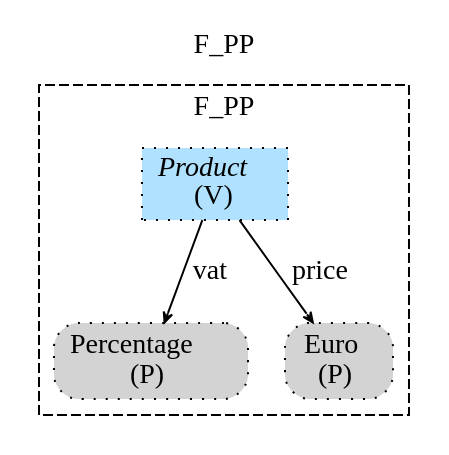
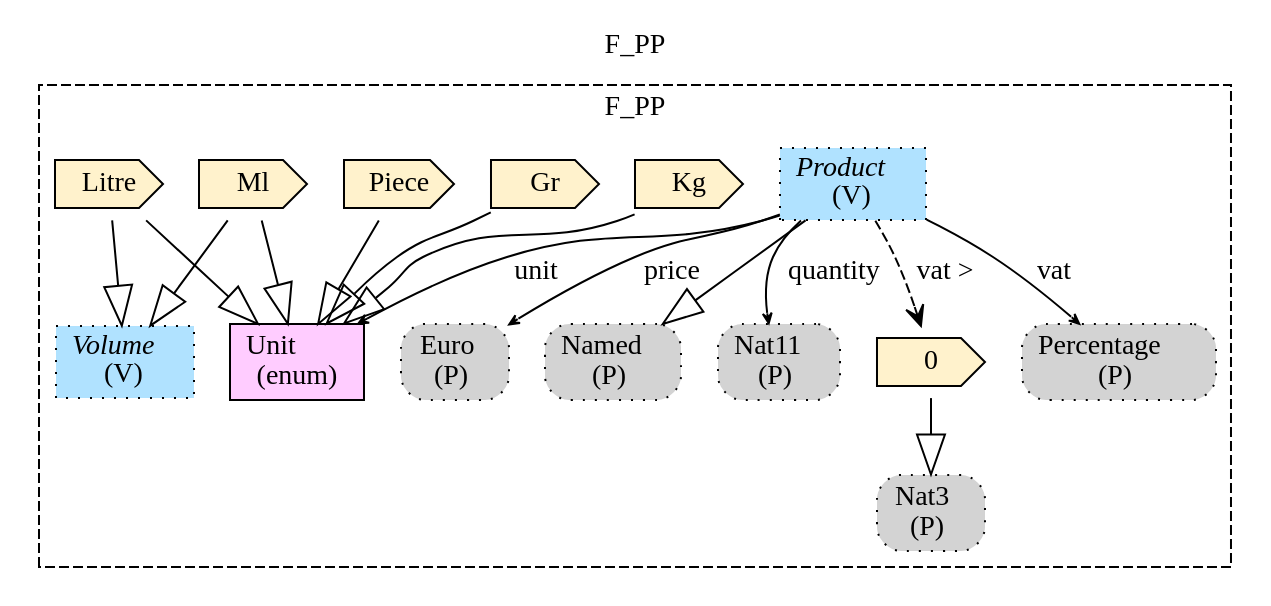
The diagram in Haskell/FragmentaTests/Commerce/img/F_PP.gv (namalio/Fragmenta), drawn with Graphviz before and after one commit. The commit also changed 81 other files, not shown here.

```diff
--- a/Haskell/FragmentaTests/Commerce/img/F_PP.gv
+++ b/Haskell/FragmentaTests/Commerce/img/F_PP.gv
@@ -1,13 +1,40 @@
 digraph {graph[label=F_PP,labelloc=tl,labelfontsize=12];
 subgraph cluster_F_PP{style=dashed;label=F_PP;
 "Product"[shape=record,fillcolor=lightskyblue1,style ="filled,dotted",label=<{<I>Product</I><br/>(V)}>];
 "PPercentage"[shape=box,fillcolor=lightgray,style ="rounded,filled,dotted",label=<Percentage<br/>(P)>];
+"Unit"[shape=record,fillcolor="#FFCCFF",style = filled,label="Unit\l(enum)"];
+"VKg"[shape=cds,fillcolor="#FFF2CC",style = filled,label="Kg"];
+"VGr"[shape=cds,fillcolor="#FFF2CC",style = filled,label="Gr"];
+"VPiece"[shape=cds,fillcolor="#FFF2CC",style = filled,label="Piece"];
+"VMl"[shape=cds,fillcolor="#FFF2CC",style = filled,label="Ml"];
+"VLitre"[shape=cds,fillcolor="#FFF2CC",style = filled,label="Litre"];
 "PEuro"[shape=box,fillcolor=lightgray,style ="rounded,filled,dotted",label=<Euro<br/>(P)>];
+"PNamed"[shape=box,fillcolor=lightgray,style ="rounded,filled,dotted",label=<Named<br/>(P)>];
+"PNat3"[shape=box,fillcolor=lightgray,style ="rounded,filled,dotted",label=<Nat3<br/>(P)>];
+"PNat11"[shape=box,fillcolor=lightgray,style ="rounded,filled,dotted",label=<Nat11<br/>(P)>];
+"V0"[shape=cds,fillcolor="#FFF2CC",style = filled,label="0"];
+"Volume"[shape=record,fillcolor=lightskyblue1,style ="filled,dotted",label=<{<I>Volume</I><br/>(V)}>];
 
+"VKg"->"Unit"[arrowhead=onormal,arrowsize=2.0];
+"VGr"->"Unit"[arrowhead=onormal,arrowsize=2.0];
+"VPiece"->"Unit"[arrowhead=onormal,arrowsize=2.0];
+"VMl"->"Unit"[arrowhead=onormal,arrowsize=2.0];
+"VLitre"->"Unit"[arrowhead=onormal,arrowsize=2.0];
 "Product"->"PEuro"[label="price",arrowhead=vee,headlabel="",arrowsize=.5];
 "Product"->"PPercentage"[label="vat",arrowhead=vee,headlabel="",arrowsize=.5];
+"Product"->"Unit"[label="unit",arrowhead=vee,headlabel="",arrowsize=.5];
+"Product"->"PNat11"[label="quantity",arrowhead=vee,headlabel="",arrowsize=.5];
+"Product"->"PNamed"[arrowhead=onormal,arrowsize=2.0];
+"Product"->"V0"[arrowhead=vee,style=dashed,label="vat >"];
+
+"V0"->"PNat3"[arrowhead=onormal,arrowsize=2.0];
+"VMl"->"Volume"[arrowhead=onormal,arrowsize=2.0];
+"VLitre"->"Volume"[arrowhead=onormal,arrowsize=2.0];
 
 }
 
 
+
+
+
 }
```
